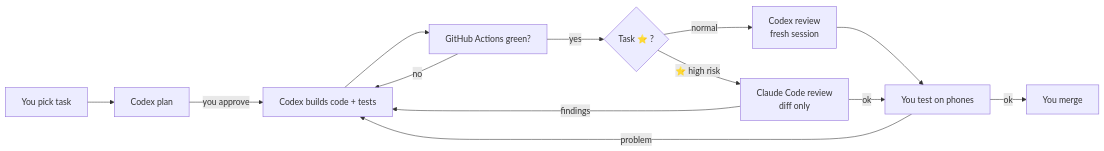
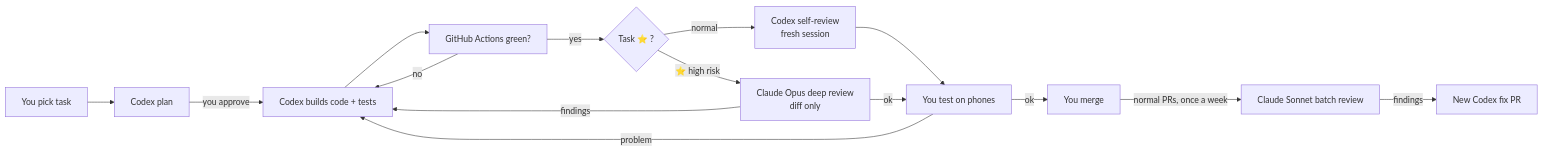
The diagram in docs/build-process-guide.md (raghvendrprajapat/Home-ai), drawn with Mermaid before and after one commit. The commit also changed other lines of this file and 3 other files, not shown here.

First line of the commit message:
Add shared AGENTS.md and Codex start-here brief; guide v3 with 2-level Claude check

````diff
--- a/docs/build-process-guide.md
+++ b/docs/build-process-guide.md
@@ -73,15 +74,17 @@
 ```mermaid
 graph LR
   You[You pick task] --> P[Codex plan]
   P -->|you approve| B[Codex builds code + tests]
   B --> CI[GitHub Actions green?]
   CI -->|no| B
   CI -->|yes| R{Task ⭐ ?}
-  R -->|normal| RC[Codex review<br/>fresh session]
-  R -->|⭐ high risk| RCl[Claude Code review<br/>diff only]
+  R -->|normal| RC[Codex self-review<br/>fresh session]
+  R -->|⭐ high risk| RCl[Claude Opus deep review<br/>diff only]
   RC --> Ph[You test on phones]
   RCl -->|findings| B
   RCl -->|ok| Ph
   Ph -->|problem| B
   Ph -->|ok| M[You merge]
+  M -->|normal PRs, once a week| W[Claude Sonnet batch review]
+  W -->|findings| F[New Codex fix PR]
 ```
````
